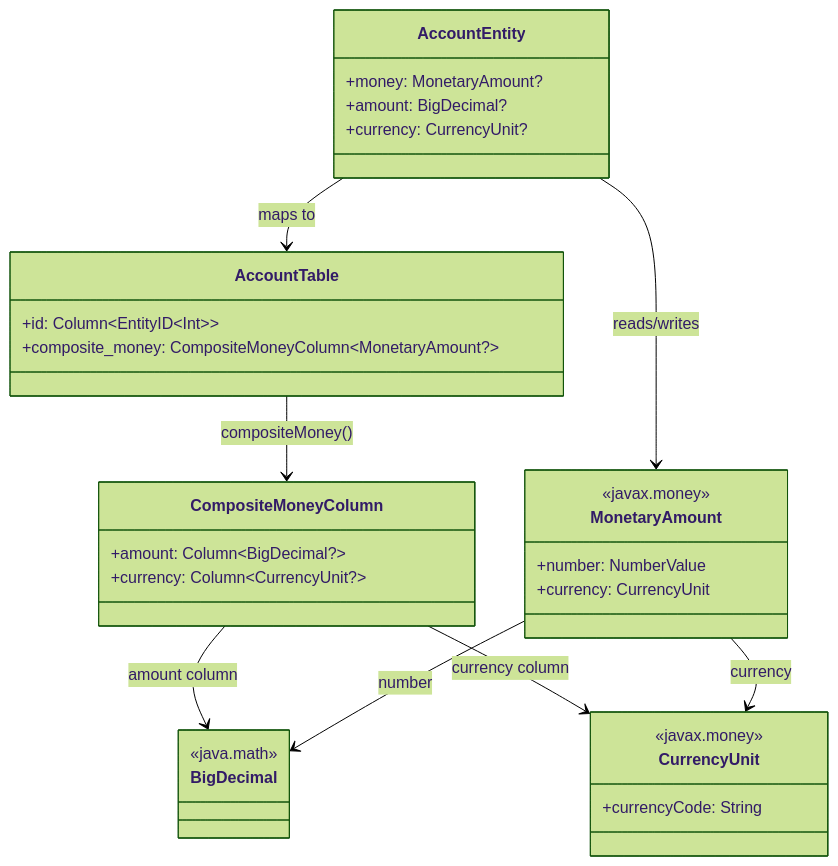
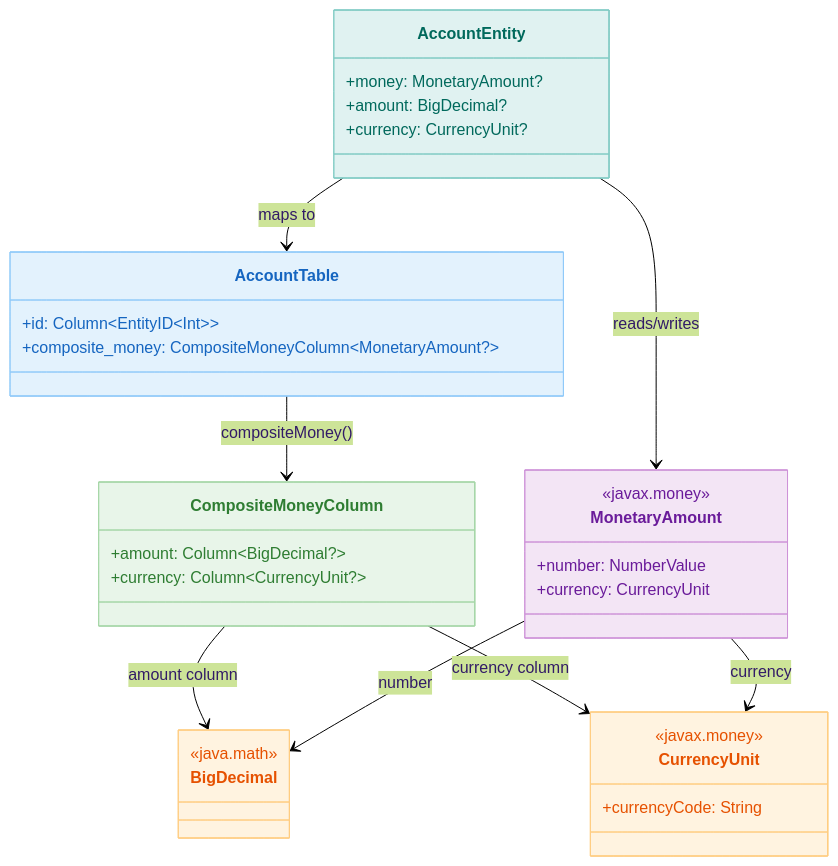
One commit to bluetape4k/exposed-workshop changed the second of 2 diagrams in 06-advanced/05-exposed-money/README.md. Above: the diagram before and after it, drawn with Mermaid (forest theme). The commit also changed 56 other files, not shown here.

First line of the commit message:
docs: 전체 README mermaid 다이어그램에 파스텔 톤 색상 적용

````diff
--- a/06-advanced/05-exposed-money/README.md
+++ b/06-advanced/05-exposed-money/README.md
@@ -28,36 +28,43 @@
 ```mermaid
 classDiagram
     class AccountTable {
         +id: Column~EntityID~Int~~
         +composite_money: CompositeMoneyColumn~MonetaryAmount?~
     }
     class CompositeMoneyColumn {
         +amount: Column~BigDecimal?~
         +currency: Column~CurrencyUnit?~
     }
     class MonetaryAmount {
         <<javax.money>>
         +number: NumberValue
         +currency: CurrencyUnit
     }
     class BigDecimal {
         <<java.math>>
     }
     class CurrencyUnit {
         <<javax.money>>
         +currencyCode: String
     }
     class AccountEntity {
         +money: MonetaryAmount?
         +amount: BigDecimal?
         +currency: CurrencyUnit?
     }
 
     AccountTable --> CompositeMoneyColumn : compositeMoney()
     CompositeMoneyColumn --> BigDecimal : amount column
     CompositeMoneyColumn --> CurrencyUnit : currency column
     MonetaryAmount --> BigDecimal : number
     MonetaryAmount --> CurrencyUnit : currency
     AccountEntity --> AccountTable : maps to
     AccountEntity --> MonetaryAmount : reads/writes
+
+    style AccountTable fill:#E3F2FD,stroke:#90CAF9,color:#1565C0
+    style CompositeMoneyColumn fill:#E8F5E9,stroke:#A5D6A7,color:#2E7D32
+    style MonetaryAmount fill:#F3E5F5,stroke:#CE93D8,color:#6A1B9A
+    style BigDecimal fill:#FFF3E0,stroke:#FFCC80,color:#E65100
+    style CurrencyUnit fill:#FFF3E0,stroke:#FFCC80,color:#E65100
+    style AccountEntity fill:#E0F2F1,stroke:#80CBC4,color:#00695C
 ```
````
